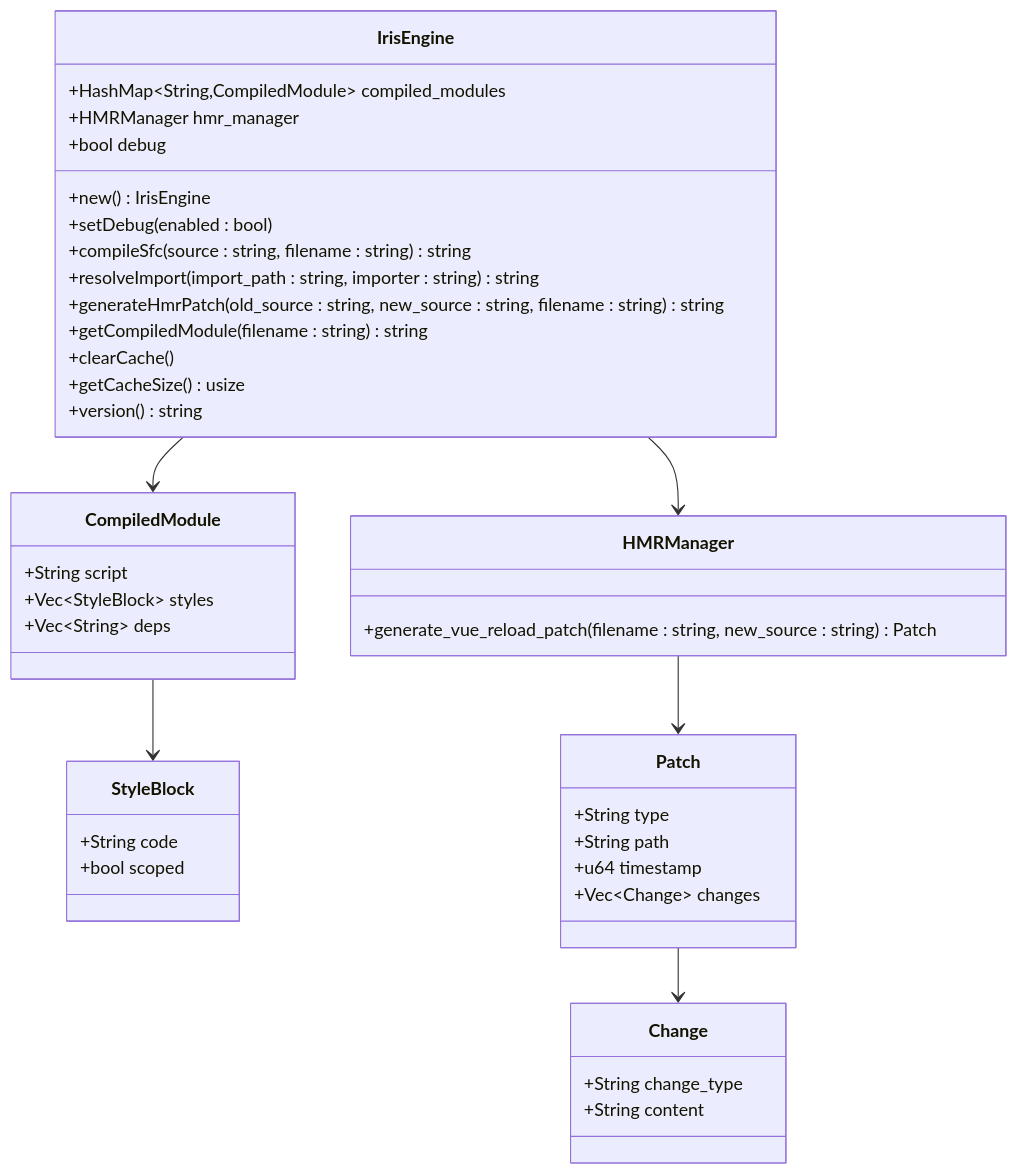
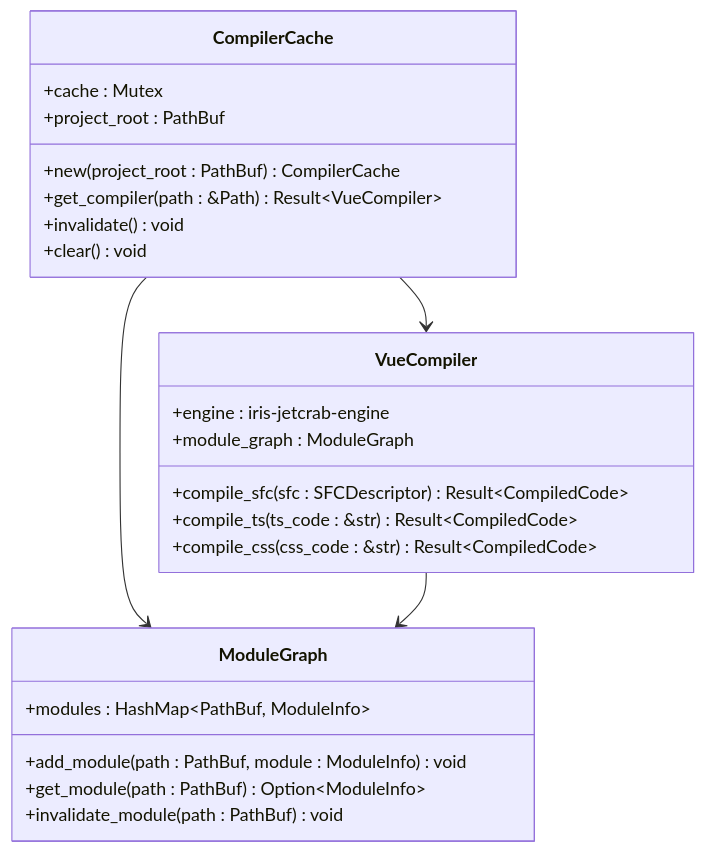
One commit to itszzl-sudo/iris changed the eighth of 12 diagrams in .qoder/repowiki/zh/content/核心功能特性/工程化与商业化能力/测试框架与基础设施/Iris Runtime CLI工具.md. Above: the diagram before and after it, drawn with Mermaid. The commit also changed other lines of this file and 23 other files, not shown here.

````diff
--- a/.qoder/repowiki/zh/content/核心功能特性/工程化与商业化能力/测试框架与基础设施/Iris Runtime CLI工具.md
+++ b/.qoder/repowiki/zh/content/核心功能特性/工程化与商业化能力/测试框架与基础设施/Iris Runtime CLI工具.md
@@ -461,44 +334,27 @@
 ```mermaid
 classDiagram
-class IrisEngine {
-+HashMap~String,CompiledModule~ compiled_modules
-+HMRManager hmr_manager
-+bool debug
-+new() IrisEngine
-+setDebug(enabled : bool)
-+compileSfc(source : string, filename : string) string
-+resolveImport(import_path : string, importer : string) string
-+generateHmrPatch(old_source : string, new_source : string, filename : string) string
-+getCompiledModule(filename : string) string
-+clearCache()
-+getCacheSize() usize
-+version() string
+class CompilerCache {
++cache : Mutex<HashMap~PathBuf, VueCompiler~>
++project_root : PathBuf
++new(project_root : PathBuf) CompilerCache
++get_compiler(path : &Path) Result~VueCompiler~
++invalidate() void
++clear() void
 }
-class CompiledModule {
-+String script
-+Vec~StyleBlock~ styles
-+Vec~String~ deps
+class VueCompiler {
++engine : iris-jetcrab-engine
++module_graph : ModuleGraph
++compile_sfc(sfc : SFCDescriptor) Result~CompiledCode~
++compile_ts(ts_code : &str) Result~CompiledCode~
++compile_css(css_code : &str) Result~CompiledCode~
 }
-class StyleBlock {
-+String code
-+bool scoped
+class ModuleGraph {
++modules : HashMap~PathBuf, ModuleInfo~
++add_module(path : PathBuf, module : ModuleInfo) void
++get_module(path : PathBuf) Option~ModuleInfo~
++invalidate_module(path : PathBuf) void
 }
-class HMRManager {
-+generate_vue_reload_patch(filename : string, new_source : string) Patch
-}
-class Patch {
-+String type
-+String path
-+u64 timestamp
-+Vec~Change~ changes
-}
-class Change {
-+String change_type
-+String content
-}
-IrisEngine --> CompiledModule
-CompiledModule --> StyleBlock
-IrisEngine --> HMRManager
-HMRManager --> Patch
-Patch --> Change
+CompilerCache --> VueCompiler
+CompilerCache --> ModuleGraph
+VueCompiler --> ModuleGraph
 ```
````
